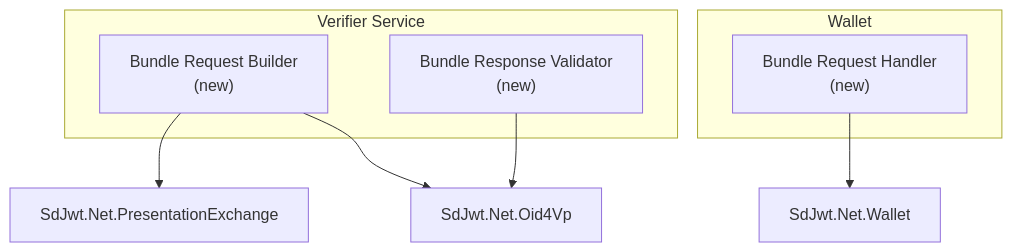
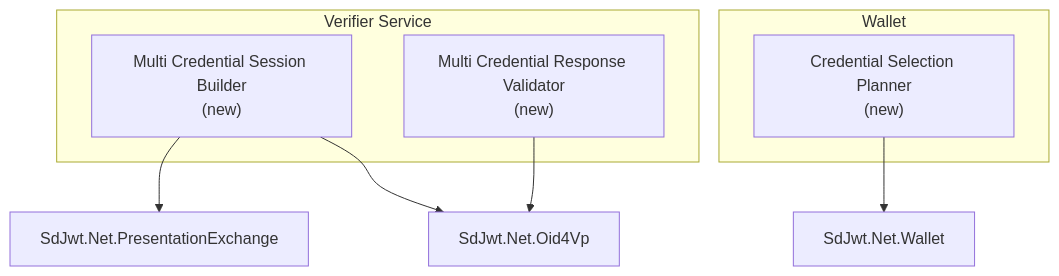
Before and after one commit to openwallet-foundation-labs/sd-jwt-dotnet: the first of 2 diagrams in docs/proposals/bundles-batch-credentials.md, drawn with Mermaid. The commit also changed other lines of this file and 6 other files, not shown here.

````diff
--- a/docs/proposals/bundles-batch-credentials.md
+++ b/docs/proposals/bundles-batch-credentials.md
@@ -45,16 +59,16 @@
 ```mermaid
 flowchart TB
     subgraph Verifier["Verifier Service"]
-        BundleBuilder["Bundle Request Builder<br/>(new)"]
-        BundleValidator["Bundle Response Validator<br/>(new)"]
+        SessionBuilder["Multi Credential Session Builder<br/>(new)"]
+        SessionValidator["Multi Credential Response Validator<br/>(new)"]
     end
 
     subgraph Wallet["Wallet"]
-        BundleHandler["Bundle Request Handler<br/>(new)"]
+        SessionPlanner["Credential Selection Planner<br/>(new)"]
     end
 
-    BundleBuilder --> PEX["SdJwt.Net.PresentationExchange"]
-    BundleBuilder --> OID4VP["SdJwt.Net.Oid4Vp"]
-    BundleValidator --> OID4VP
-    BundleHandler --> WalletCore["SdJwt.Net.Wallet"]
+    SessionBuilder --> PEX["SdJwt.Net.PresentationExchange"]
+    SessionBuilder --> OID4VP["SdJwt.Net.Oid4Vp"]
+    SessionValidator --> OID4VP
+    SessionPlanner --> WalletCore["SdJwt.Net.Wallet"]
 ```
````
